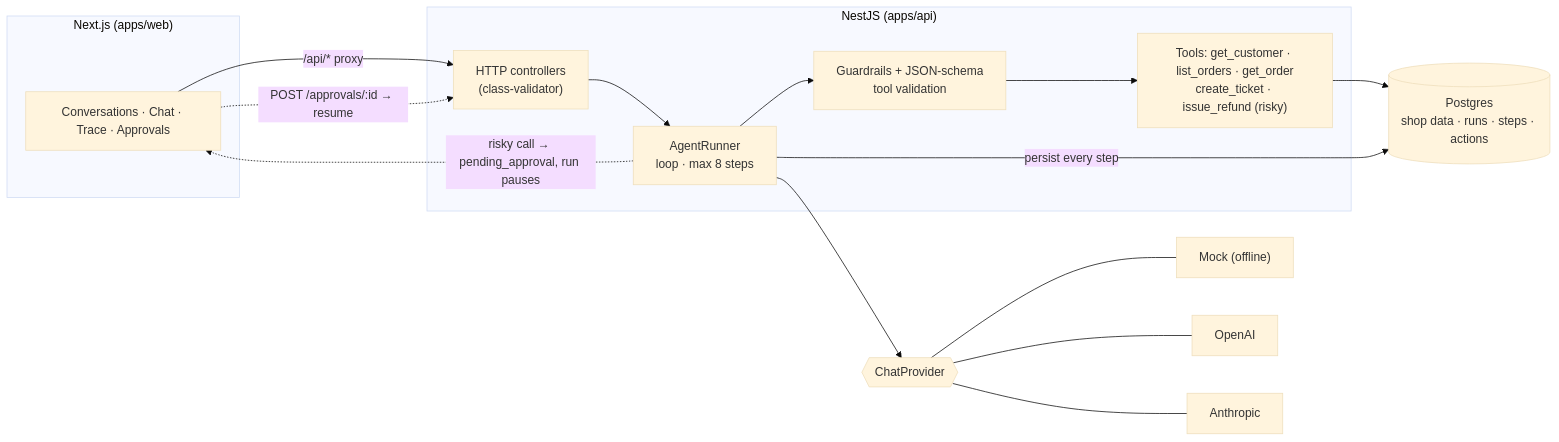
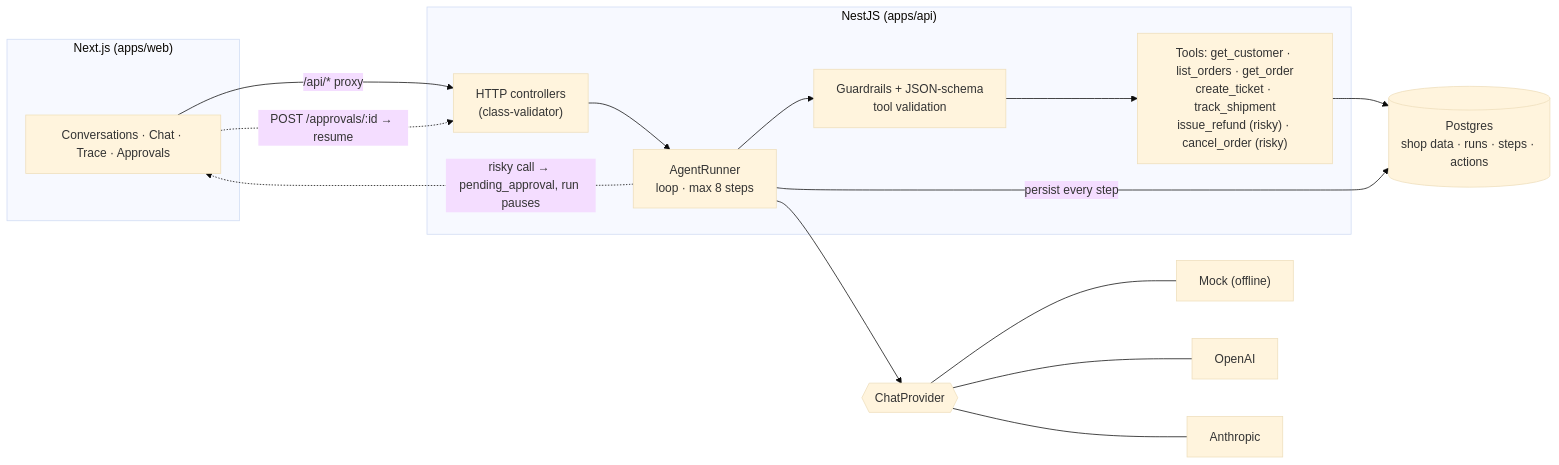
Before and after one commit to kevinmakwana/ai-agent-starter: the diagram in README.md, drawn with Mermaid (base theme). The commit also changed other lines of this file and 1 other file, not shown here.

Commit message:
Document the new tools; tick TODO 4.6

````diff
--- a/README.md
+++ b/README.md
@@ -29,29 +29,29 @@
 ```mermaid
 flowchart LR
   subgraph Web["Next.js (apps/web)"]
     UI["Conversations · Chat · Trace · Approvals"]
   end
   subgraph API["NestJS (apps/api)"]
     HTTP["HTTP controllers<br/>(class-validator)"]
     Runner["AgentRunner<br/>loop · max 8 steps"]
     Guard["Guardrails + JSON-schema<br/>tool validation"]
-    Tools["Tools: get_customer · list_orders · get_order<br/>create_ticket · issue_refund (risky)"]
+    Tools["Tools: get_customer · list_orders · get_order<br/>create_ticket · track_shipment<br/>issue_refund (risky) · cancel_order (risky)"]
     HTTP --> Runner
     Runner --> Guard --> Tools
   end
   Provider{{"ChatProvider"}}
   Mock["Mock (offline)"]
   OpenAI["OpenAI"]
   Anthropic["Anthropic"]
   DB[("Postgres<br/>shop data · runs · steps · actions")]
 
   UI -- "/api/* proxy" --> HTTP
   Runner --> Provider
   Provider --- Mock
   Provider --- OpenAI
   Provider --- Anthropic
   Tools --> DB
   Runner -- "persist every step" --> DB
   Runner -. "risky call → pending_approval, run pauses" .-> UI
   UI -. "POST /approvals/:id → resume" .-> HTTP
 ```
````
